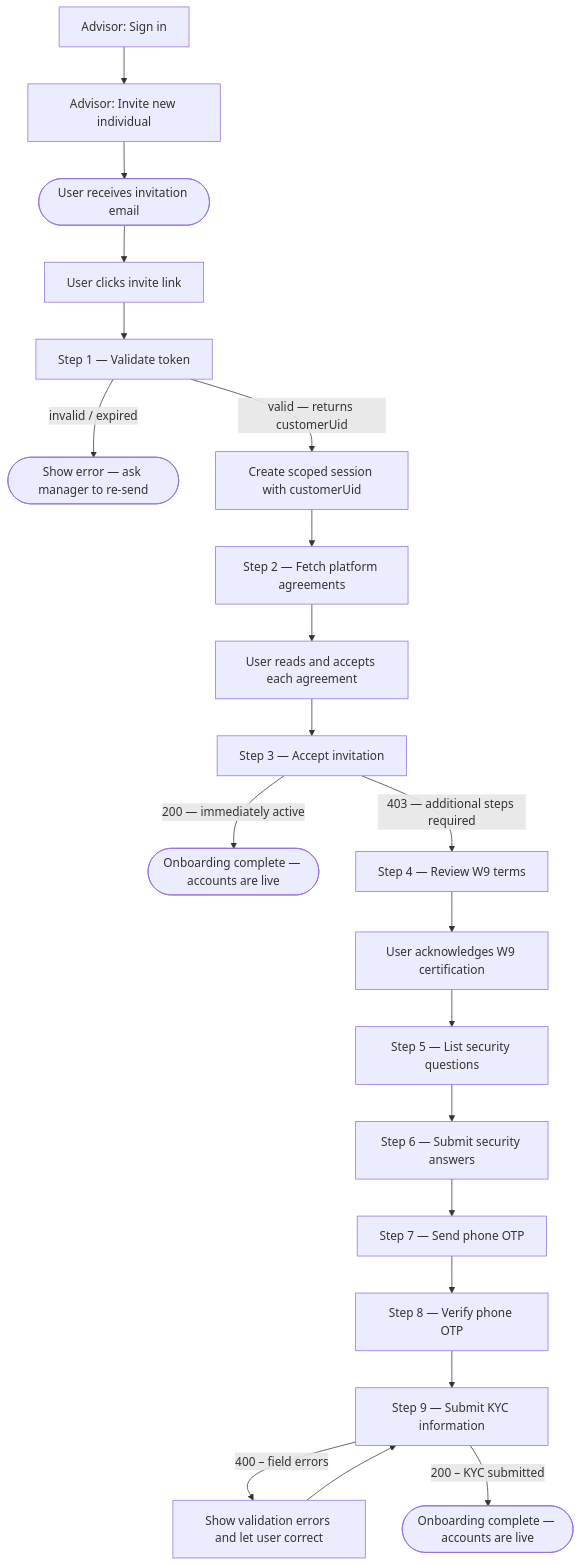
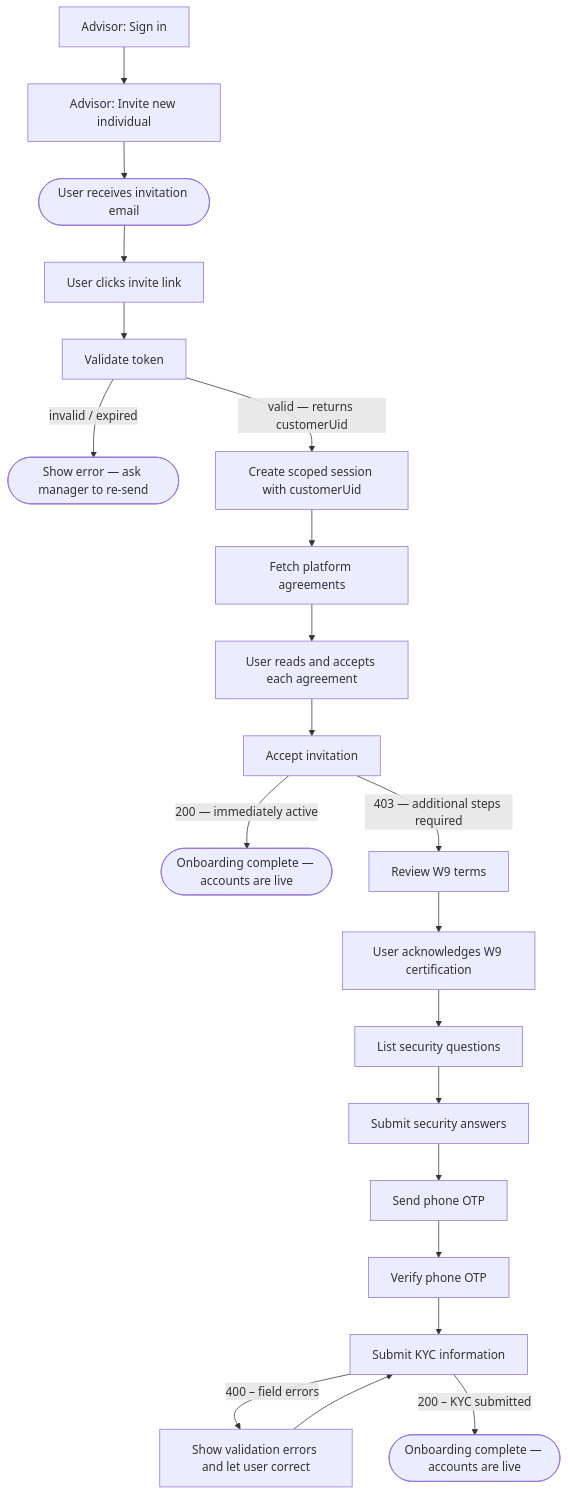
The diagram in docs/Getting Started/individual-user/individual-registration.md (skhan-cpu/readme-paid), drawn with Mermaid before and after one commit. The commit also changed 4 other files, not shown here.

````diff
--- a/docs/Getting Started/individual-user/individual-registration.md
+++ b/docs/Getting Started/individual-user/individual-registration.md
@@ -12,32 +12,32 @@
 ```mermaid
 flowchart TD
     AM0[Advisor: Sign in]
     AM0 --> AM1[Advisor: Invite new individual]
     AM1 --> A([User receives invitation email])
 
     A --> B[User clicks invite link]
 
-    B --> C[Step 1 — Validate token]
+    B --> C[Validate token]
     C -->|invalid / expired| ERR1([Show error — ask manager to re-send])
     C -->|valid — returns customerUid| SESSION[Create scoped session with customerUid]
 
-    SESSION --> D[Step 2 — Fetch platform agreements]
+    SESSION --> D[Fetch platform agreements]
     D --> E[User reads and accepts each agreement]
 
-    E --> F[Step 3 — Accept invitation]
+    E --> F[Accept invitation]
     F -->|200 — immediately active| Q([Onboarding complete — accounts are live])
-    F -->|403 — additional steps required| G[Step 4 — Review W9 terms]
+    F -->|403 — additional steps required| G[Review W9 terms]
 
     G --> H[User acknowledges W9 certification]
 
-    H --> J[Step 5 — List security questions]
-    J --> K[Step 6 — Submit security answers]
+    H --> J[List security questions]
+    J --> K[Submit security answers]
 
-    K --> L[Step 7 — Send phone OTP]
-    L --> M[Step 8 — Verify phone OTP]
+    K --> L[Send phone OTP]
+    L --> M[Verify phone OTP]
 
-    M --> N[Step 9 — Submit KYC information]
+    M --> N[Submit KYC information]
     N -->|400 – field errors| ERR2[Show validation errors and let user correct]
     ERR2 --> N
     N -->|200 – KYC submitted| Q2([Onboarding complete — accounts are live])
 ```
````
